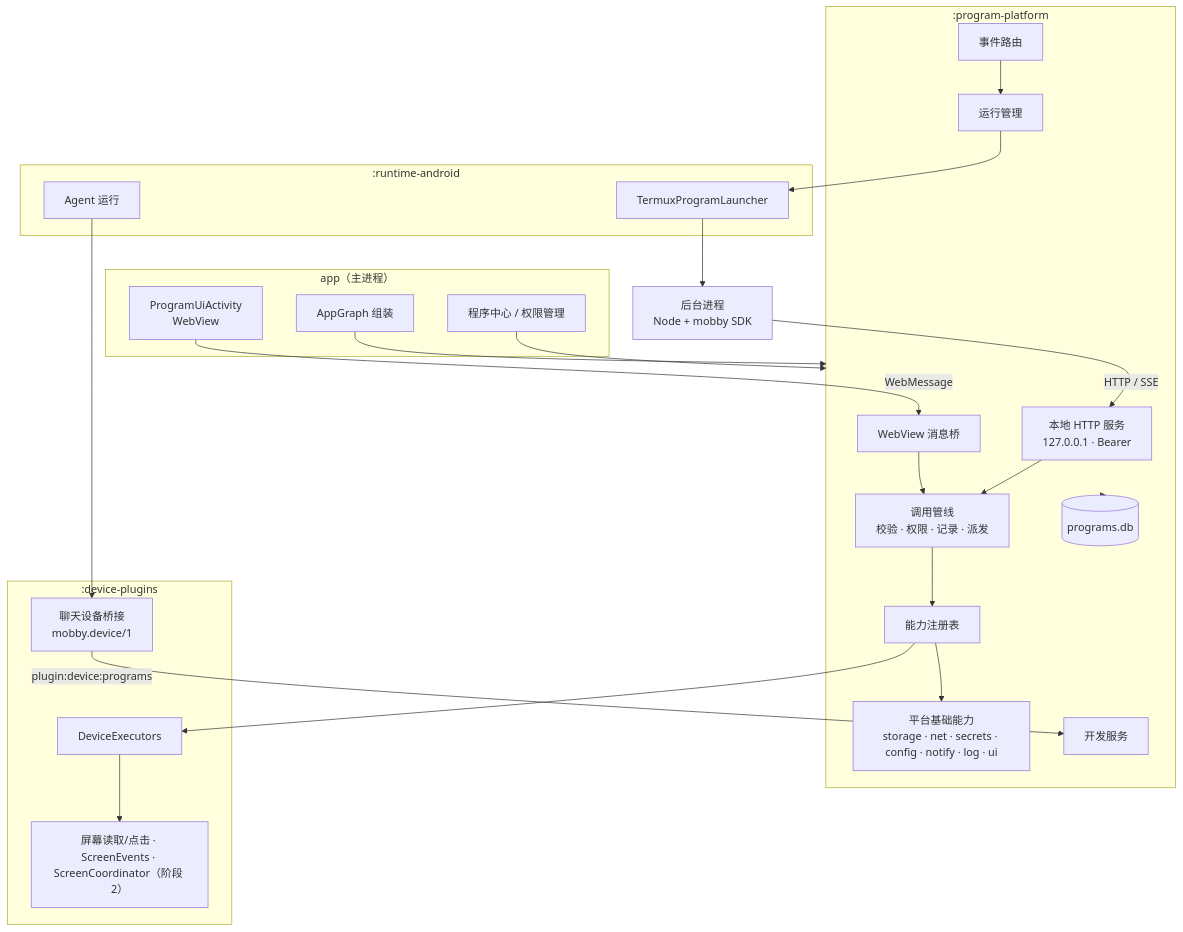
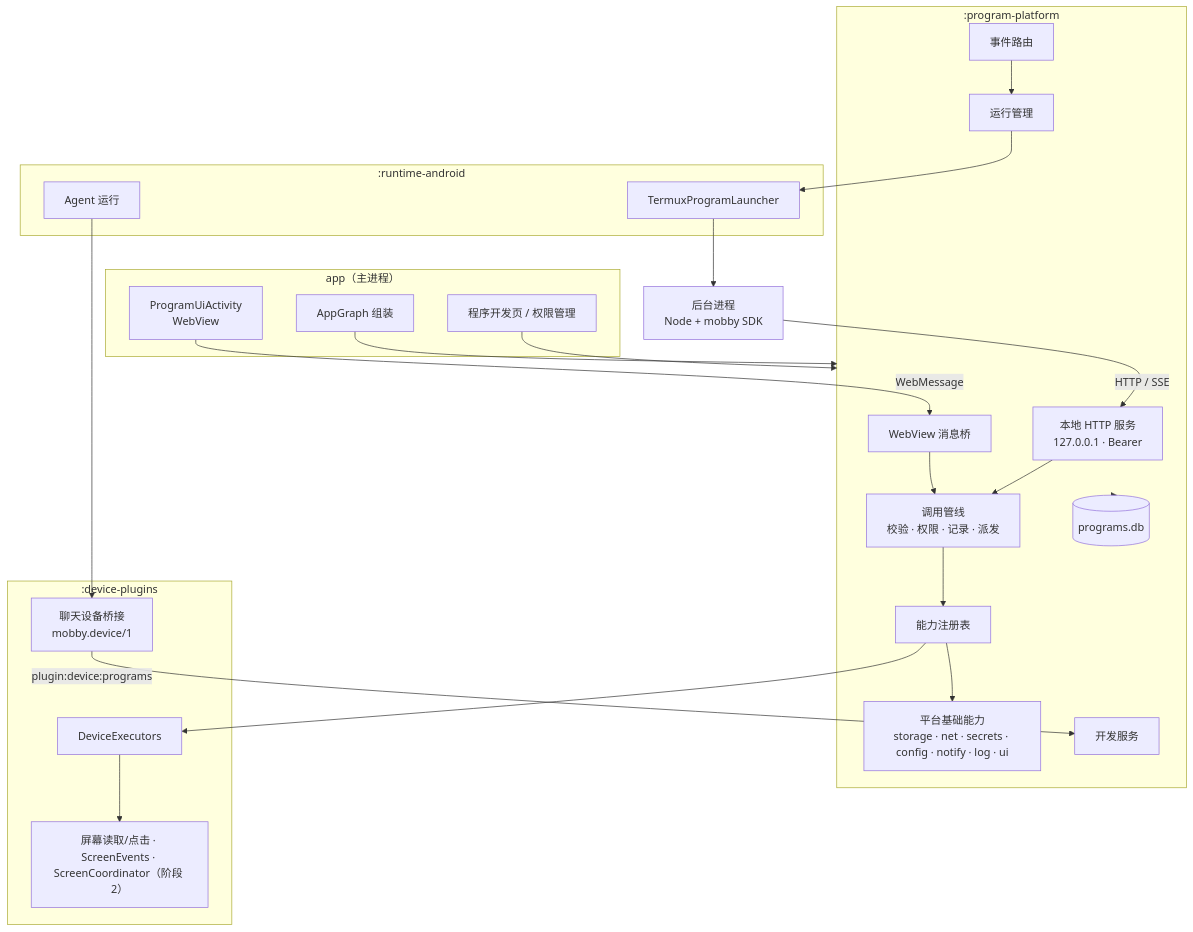
The first of 4 diagrams in docs/design/program-platform-architecture.md (ytlog/mobby), drawn with Mermaid before and after one commit. The commit also changed other lines of this file and 12 other files, not shown here.

````diff
--- a/docs/design/program-platform-architecture.md
+++ b/docs/design/program-platform-architecture.md
@@ -18,43 +18,43 @@
 ```mermaid
 flowchart TB
     subgraph App["app（主进程）"]
-        Center["程序中心 / 权限管理"]
+        Center["程序开发页 / 权限管理"]
         UiAct["ProgramUiActivity\nWebView"]
         Graph["AppGraph 组装"]
     end
     subgraph Platform[":program-platform"]
         Http["本地 HTTP 服务\n127.0.0.1 · Bearer"]
         Bridge["WebView 消息桥"]
         Pipe["调用管线\n校验 · 权限 · 记录 · 派发"]
         Registry["能力注册表"]
         Base["平台基础能力\nstorage · net · secrets · config · notify · log · ui"]
         Router["事件路由"]
         Runs["运行管理"]
         Dev["开发服务"]
         Store[("programs.db")]
     end
     subgraph Device[":device-plugins"]
         Exec["DeviceExecutors"]
         Screen["屏幕读取/点击 · ScreenEvents · ScreenCoordinator（阶段 2）"]
         ChatBridge["聊天设备桥接\nmobby.device/1"]
     end
     subgraph Runtime[":runtime-android"]
         Launcher["TermuxProgramLauncher"]
         Agent["Agent 运行"]
     end
     Node["后台进程\nNode + mobby SDK"]
 
     Center --> Platform
     Graph --> Platform
     UiAct -- "WebMessage" --> Bridge
     Node -- "HTTP / SSE" --> Http
     Http --> Pipe
     Bridge --> Pipe
     Pipe --> Registry
     Registry --> Base
     Registry --> Exec
     Exec --> Screen
     Router --> Runs --> Launcher --> Node
     Agent --> ChatBridge -- "plugin:device:programs" --> Dev
     Platform --> Store
 ```
````
